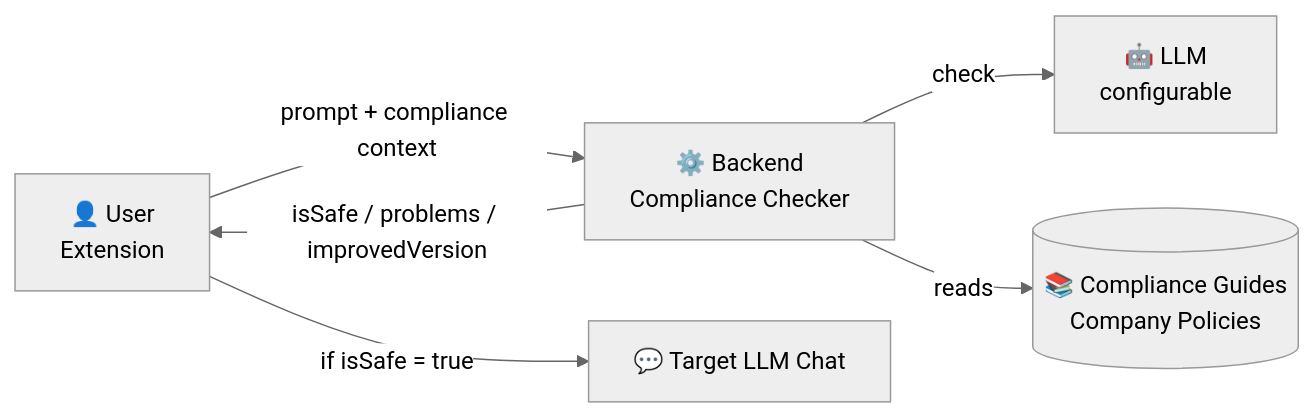
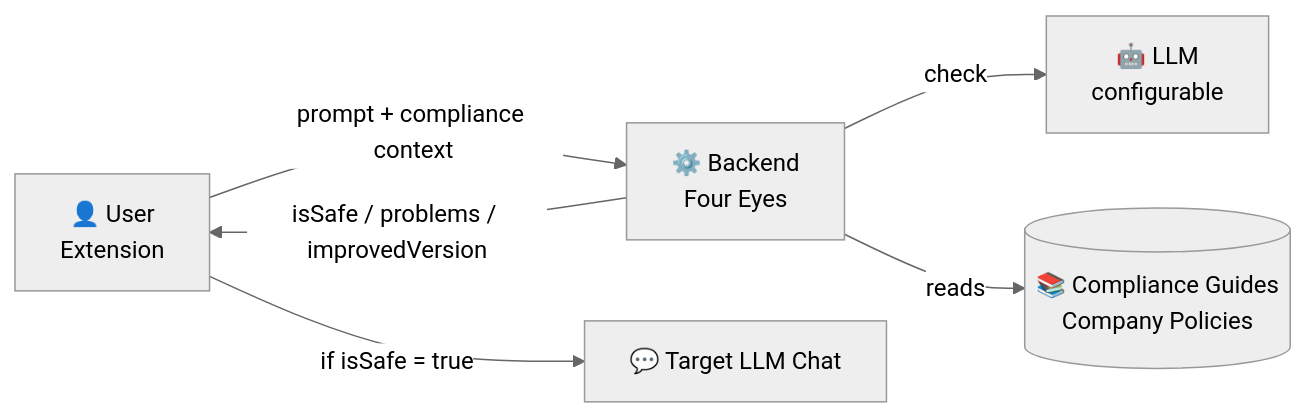
The first of 3 diagrams in README.md (code-and-create-hackathon/complianceChecker), drawn with Mermaid (neutral theme) before and after one commit. The commit also changed other lines of this file and 18 other files, not shown here.

First line of the commit message:
feat: rebrand to Four Eyes with new logo

````diff
--- a/README.md
+++ b/README.md
@@ -25,8 +27,8 @@
 ```mermaid
 flowchart LR
-    A[👤 User<br/>Extension] -->|prompt + compliance context| B[⚙️ Backend<br/>Compliance Checker]
+    A[👤 User<br/>Extension] -->|prompt + compliance context| B[⚙️ Backend<br/>Four Eyes]
     B -->|check| L[🤖 LLM<br/>configurable]
     B -->|reads| D[(📚 Compliance Guides<br/>Company Policies)]
     B -->|isSafe / problems / improvedVersion| A
     A -->|if isSafe = true| C[💬 Target LLM Chat]
 ```
````
